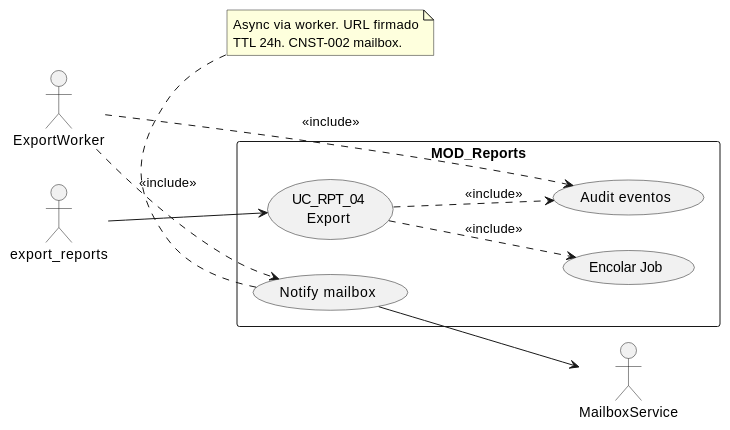
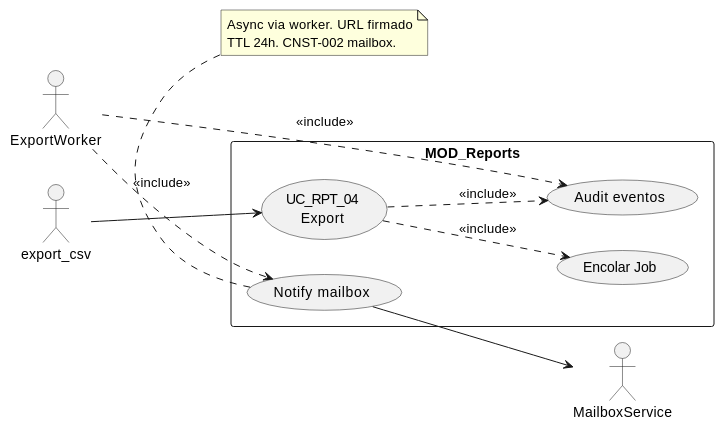
The first of 4 diagrams in source/requisitos/casos-uso/reports/uc-rpt-04/diagramas-uml.rst (jcg-admin/IACT-docs), drawn with PlantUML before and after one commit. The commit also changed other lines of this file and 157 other files, not shown here.

First line of the commit message:
Enforce catalog function names across all diagrams

```diff
--- a/source/requisitos/casos-uso/reports/uc-rpt-04/diagramas-uml.rst
+++ b/source/requisitos/casos-uso/reports/uc-rpt-04/diagramas-uml.rst
@@ -10,29 +10,29 @@
 .. uml::
  :caption: UC_RPT_04 — export
 
  @startuml
  left to right direction
- actor "export_reports" as USR
+ actor "export_csv" as USR
  actor "ExportWorker" as W
  actor "MailboxService" as MB
 
  rectangle "MOD_Reports" {
    usecase "UC_RPT_04\nExport" as UC04
    usecase "Encolar Job" as Q
    usecase "Audit eventos" as A
    usecase "Notify mailbox" as N
  }
 
  USR --> UC04
  UC04 ..> Q : <<include>>
  UC04 ..> A : <<include>>
  W ..> A : <<include>>
  W ..> N : <<include>>
  N --> MB
 
  note bottom
    Async via worker. URL firmado
    TTL 24h. CNST-002 mailbox.
  end note
 
  @enduml
```
